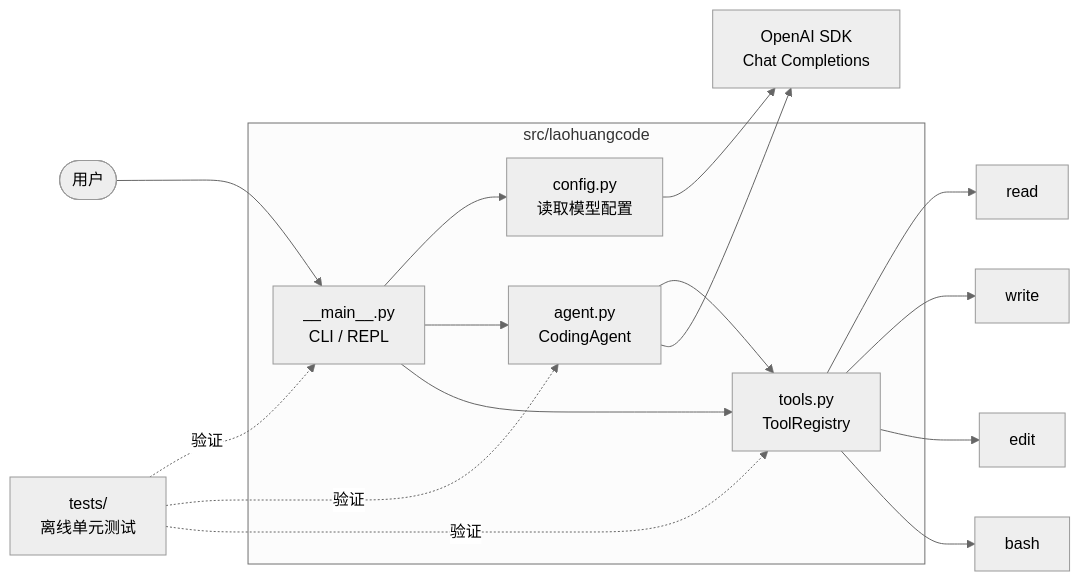
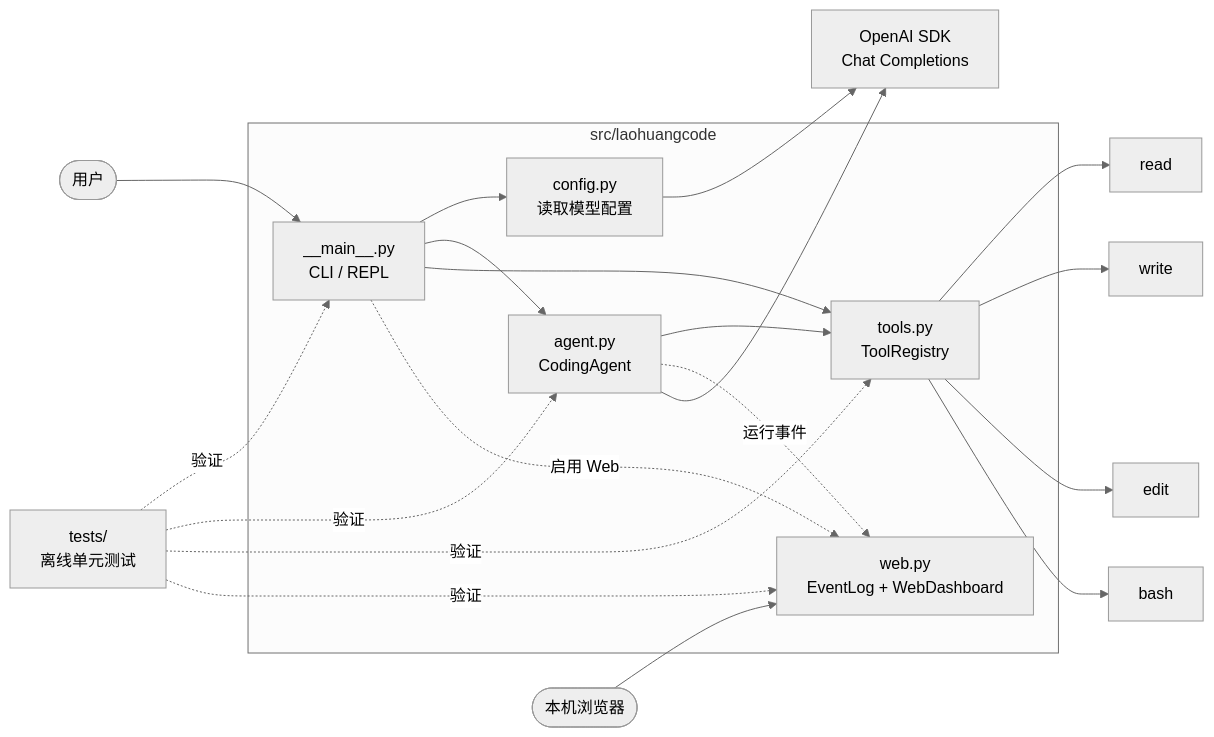
One commit to hxr223/laoHuangCode changed the first of 2 diagrams in docs/architecture.md. Above: the diagram before and after it, drawn with Mermaid (neutral theme). The commit also changed other lines of this file and 7 other files, not shown here.

Commit message:
feat: add web trace dashboard

````diff
--- a/docs/architecture.md
+++ b/docs/architecture.md
@@ -7,23 +7,27 @@
 ```mermaid
 flowchart LR
     User([用户]) --> CLI["__main__.py<br/>CLI / REPL"]
 
     subgraph Core["src/laohuangcode"]
         CLI --> Config["config.py<br/>读取模型配置"]
         CLI --> Agent["agent.py<br/>CodingAgent"]
         CLI --> Registry["tools.py<br/>ToolRegistry"]
+        CLI -.启用 Web.-> Web["web.py<br/>EventLog + WebDashboard"]
         Agent --> Registry
+        Agent -.运行事件.-> Web
     end
 
     Config --> SDK["OpenAI SDK<br/>Chat Completions"]
     Agent --> SDK
 
     Registry --> Read[read]
     Registry --> Write[write]
     Registry --> Edit[edit]
     Registry --> Bash[bash]
+    Browser([本机浏览器]) --> Web
 
     Tests["tests/<br/>离线单元测试"] -.验证.-> CLI
     Tests -.验证.-> Agent
     Tests -.验证.-> Registry
+    Tests -.验证.-> Web
 ```
````
